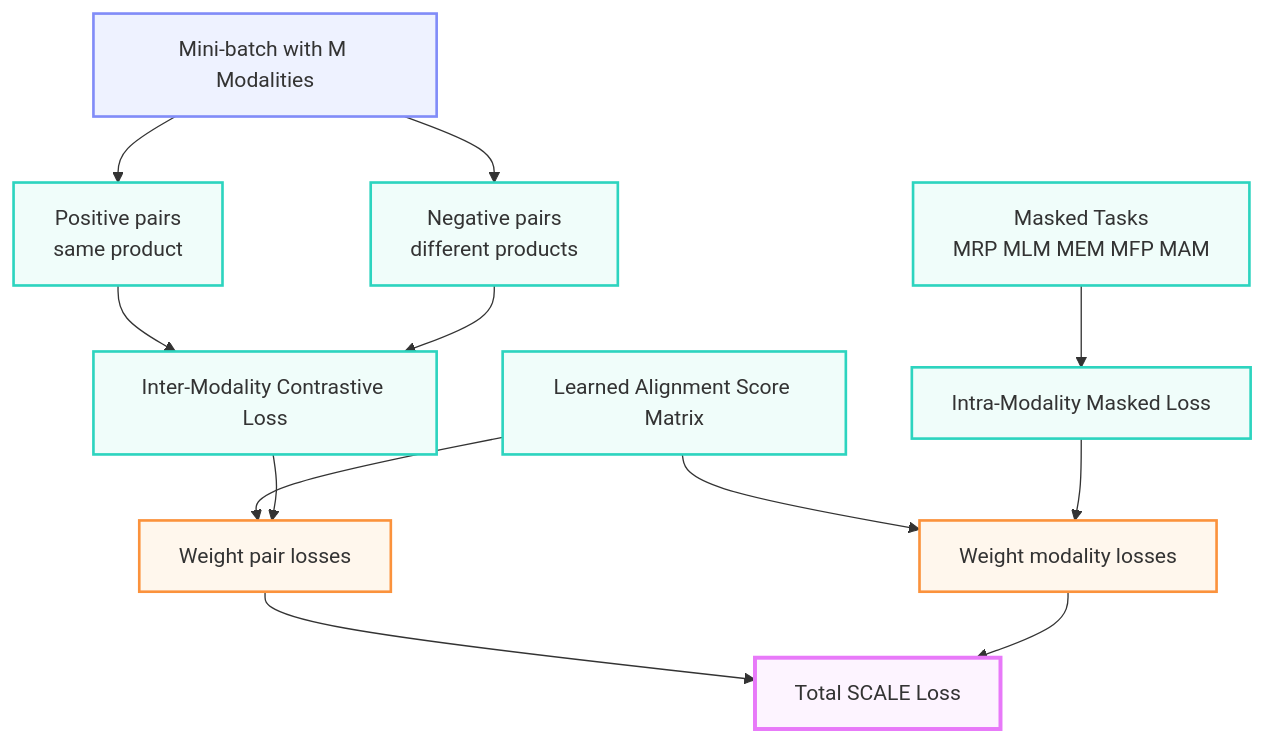
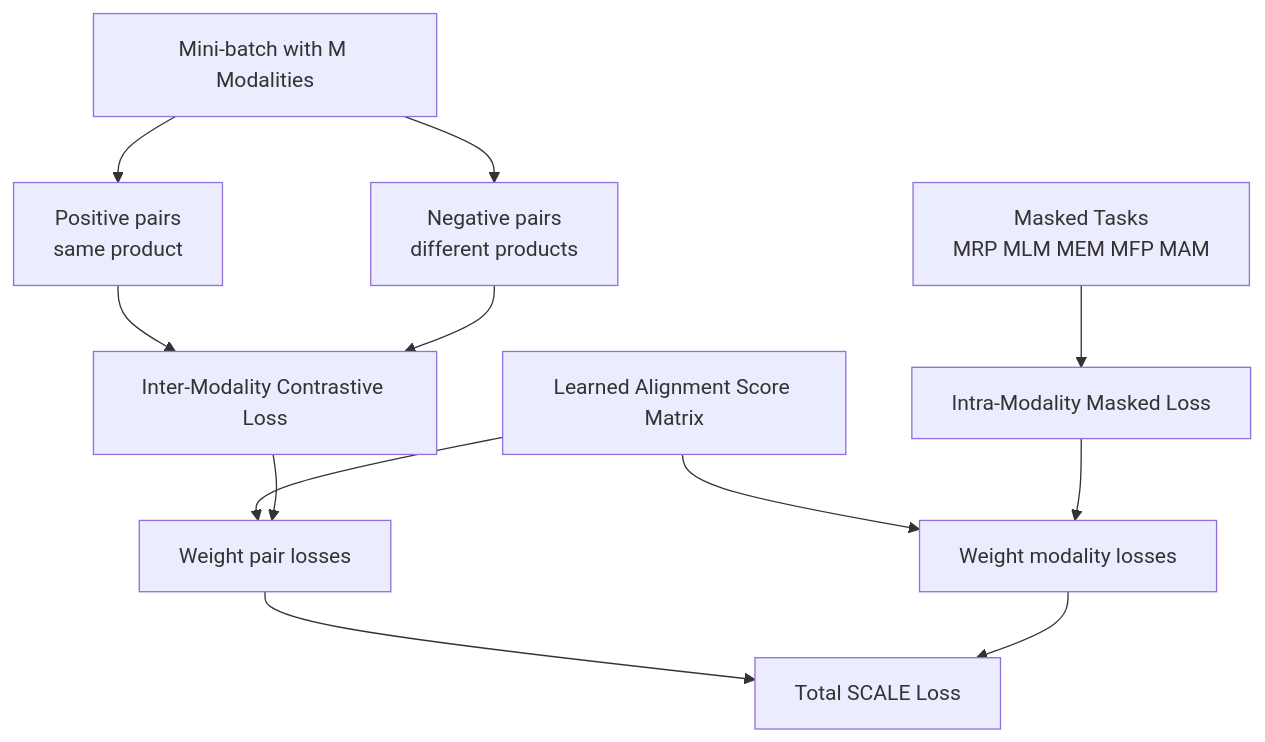
One commit to Computer-Vision-HCMUS/Product-Ecommerce-Image-Retrieval changed the seventh of 11 diagrams in docs/proposal/proposal.md. Above: the diagram before and after it, drawn with Mermaid. The commit also changed other lines of this file and 1 other file, not shown here.

````diff
--- a/docs/proposal/proposal.md
+++ b/docs/proposal/proposal.md
@@ -791,24 +781,14 @@
 ```mermaid
 flowchart TD
     B["Mini-batch with M Modalities"] --> P["Positive pairs<br/>same product"]
     B --> N["Negative pairs<br/>different products"]
     P --> CL["Inter-Modality Contrastive Loss"]
     N --> CL
     MASK["Masked Tasks<br/>MRP MLM MEM MFP MAM"] --> ML["Intra-Modality Masked Loss"]
     S["Learned Alignment Score Matrix"] --> W1["Weight pair losses"]
     S --> W2["Weight modality losses"]
     CL --> W1
     ML --> W2
     W1 --> L["Total SCALE Loss"]
     W2 --> L
-    
-    classDef inputNode stroke:#818cf8,fill:#eef2ff,stroke-width:2px
-    classDef processNode stroke:#2dd4bf,fill:#f0fdfa,stroke-width:2px
-    classDef lossNode stroke:#fb923c,fill:#fff7ed,stroke-width:2px
-    classDef finalNode stroke:#e879f9,fill:#fdf4ff,stroke-width:3px
-    
-    class B inputNode
-    class P,N,CL,MASK,ML,S processNode
-    class W1,W2 lossNode
-    class L finalNode
 ```
````
